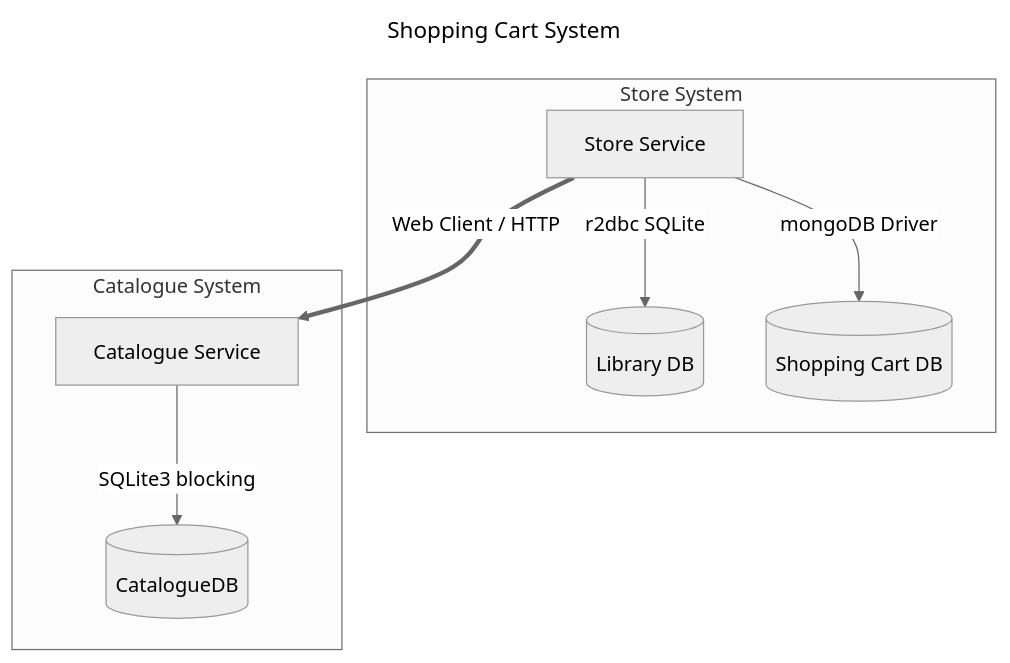
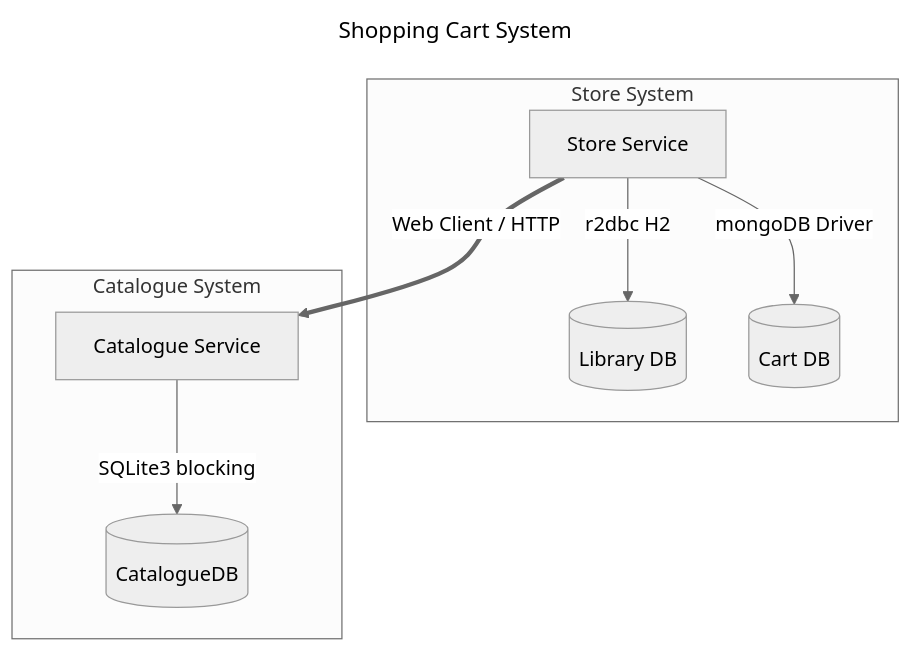
The diagram in README.md (MeloStudy/reactive-steam-purchase-system), drawn with Mermaid (neutral theme) before and after one commit. The commit also changed other lines of this file, not shown here.

````diff
--- a/README.md
+++ b/README.md
@@ -21,23 +21,23 @@
 ```mermaid
 ---
 title:  Shopping Cart System
 ---
 graph TD
     subgraph storeSystem [Store System]
         storeService[Store Service]
         libraryDb[(Library DB)]
-        shoppingCartDb[(Shopping Cart DB)]
+        cartDb[(Cart DB)]
         
-        storeService -->|r2dbc SQLite| libraryDb
-        storeService -->|mongoDB Driver| shoppingCartDb
+        storeService -->|r2dbc H2| libraryDb
+        storeService -->|mongoDB Driver| cartDb
     end
     
     storeService ==Web Client / HTTP==> catalogueService
     
     subgraph catalogueSystem [Catalogue System]
         catalogueService[Catalogue Service]
         catalogueDb[(CatalogueDB)]
         
         catalogueService -->|SQLite3 blocking| catalogueDb
     end
 ```
````
